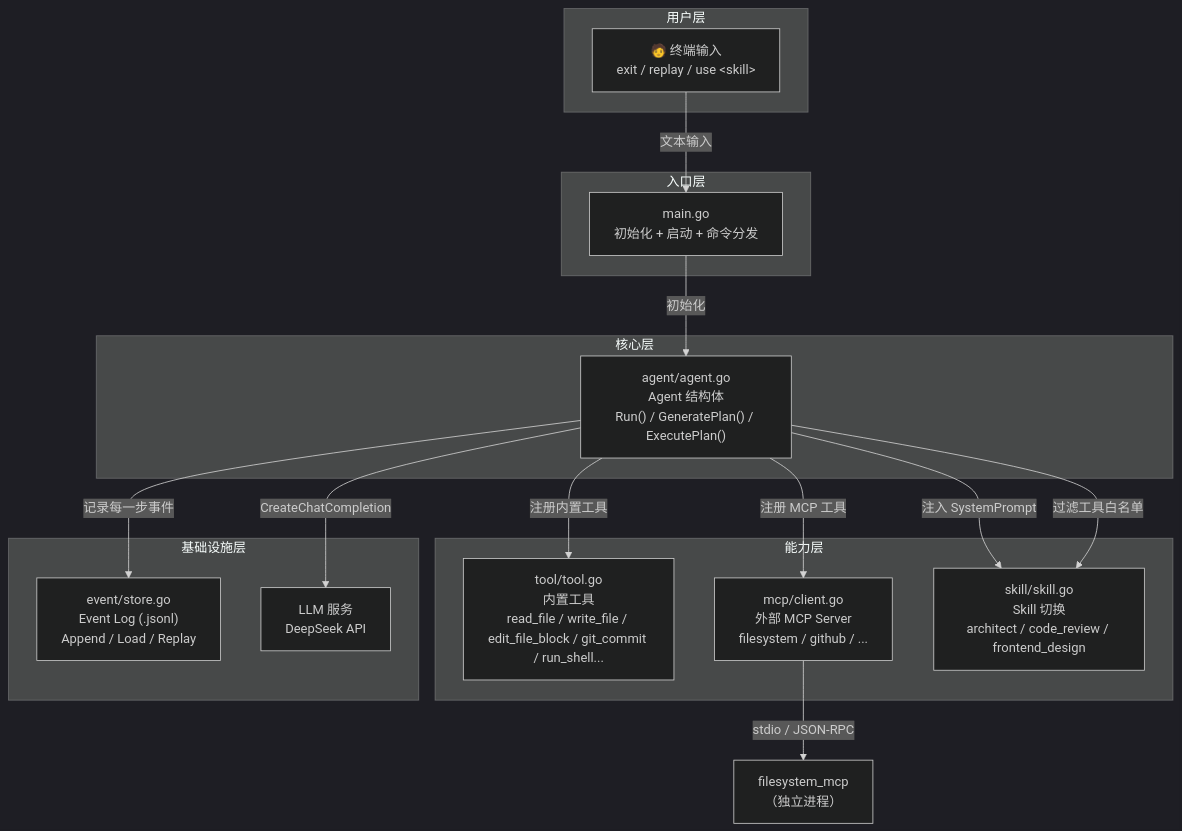
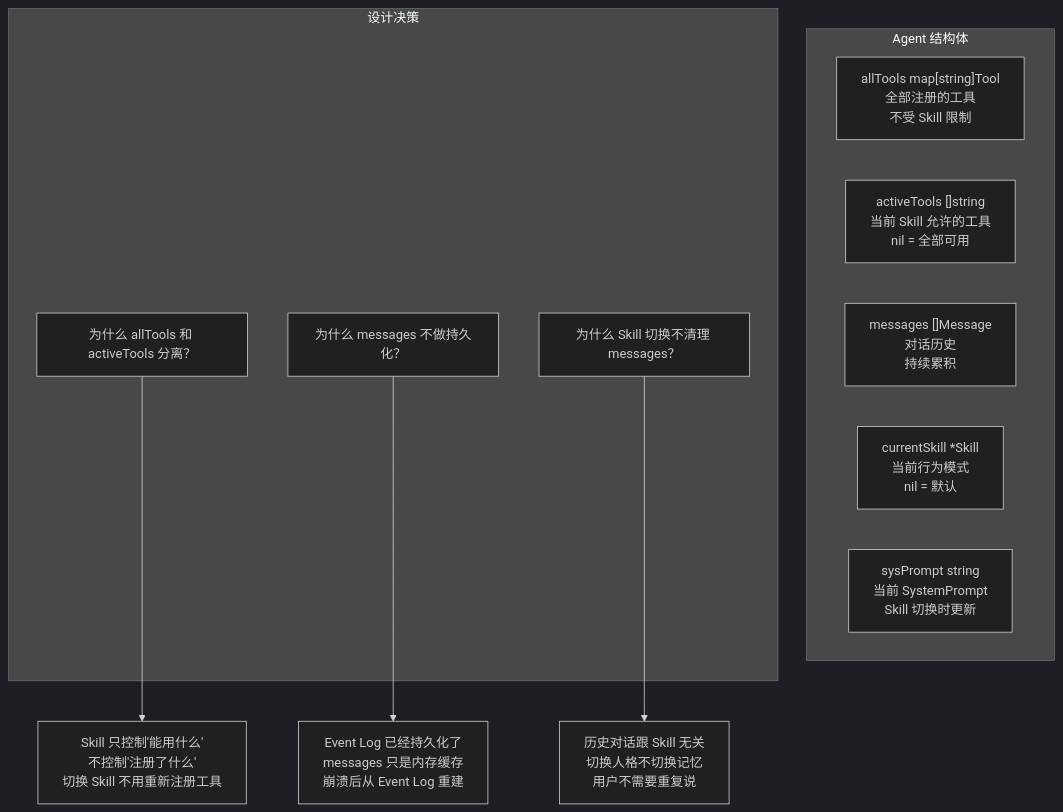
Before and after one commit to mchenziyi/qiuqiu-agent-plan: the second of 6 diagrams in architecture-overview.md, drawn with Mermaid (dark theme). The commit also changed other lines of this file, not shown here.

Commit message:
docs: 升级架构知识图谱为深度版——设计决策、权衡、对比

````diff
--- a/architecture-overview.md
+++ b/architecture-overview.md
@@ -9,36 +50,20 @@
 ```mermaid
-graph TB
-    subgraph 用户层
-        CLI["🧑 终端输入<br/>exit / replay / use &lt;skill&gt;"]
+graph TD
+    subgraph Agent 结构体
+        ALL_TOOLS["allTools map[string]Tool<br/>全部注册的工具<br/>不受 Skill 限制"]
+        ACTIVE_TOOLS["activeTools []string<br/>当前 Skill 允许的工具<br/>nil = 全部可用"]
+        MESSAGES["messages []Message<br/>对话历史<br/>持续累积"]
+        CURRENT_SKILL["currentSkill *Skill<br/>当前行为模式<br/>nil = 默认"]
+        SYS_PROMPT["sysPrompt string<br/>当前 SystemPrompt<br/>Skill 切换时更新"]
     end
 
-    subgraph 入口层
-        MAIN["main.go<br/>初始化 + 启动 + 命令分发"]
+    subgraph 设计决策
+        D1["为什么 allTools 和 activeTools 分离？"]
+        D2["为什么 messages 不做持久化？"]
+        D3["为什么 Skill 切换不清理 messages？"]
     end
 
-    subgraph 核心层
-        AGENT["agent/agent.go<br/>Agent 结构体<br/>Run() / GeneratePlan() / ExecutePlan()"]
-    end
-
-    subgraph 能力层
-        TOOL["tool/tool.go<br/>内置工具<br/>read_file / write_file / edit_file_block / git_commit / run_shell..."]
-        MCP["mcp/client.go<br/>外部 MCP Server<br/>filesystem / github / ..."]
-        SKILL["skill/skill.go<br/>Skill 切换<br/>architect / code_review / frontend_design"]
-    end
-
-    subgraph 基础设施层
-        EVENT["event/store.go<br/>Event Log (.jsonl)<br/>Append / Load / Replay"]
-        LLM["LLM 服务<br/>DeepSeek API"]
-    end
-
-    CLI -->|文本输入| MAIN
-    MAIN -->|初始化| AGENT
-    AGENT -->|注入 SystemPrompt| SKILL
-    AGENT -->|过滤工具白名单| SKILL
-    AGENT -->|注册内置工具| TOOL
-    AGENT -->|注册 MCP 工具| MCP
-    AGENT -->|记录每一步事件| EVENT
-    AGENT -->|CreateChatCompletion| LLM
-
-    MCP -->|stdio / JSON-RPC| FILESYSTEM["filesystem_mcp<br/>（独立进程）"]
+    D1 --> A1["Skill 只控制'能用什么'<br/>不控制'注册了什么'<br/>切换 Skill 不用重新注册工具"]
+    D2 --> A2["Event Log 已经持久化了<br/>messages 只是内存缓存<br/>崩溃后从 Event Log 重建"]
+    D3 --> A3["历史对话跟 Skill 无关<br/>切换人格不切换记忆<br/>用户不需要重复说"]
 ```
````
